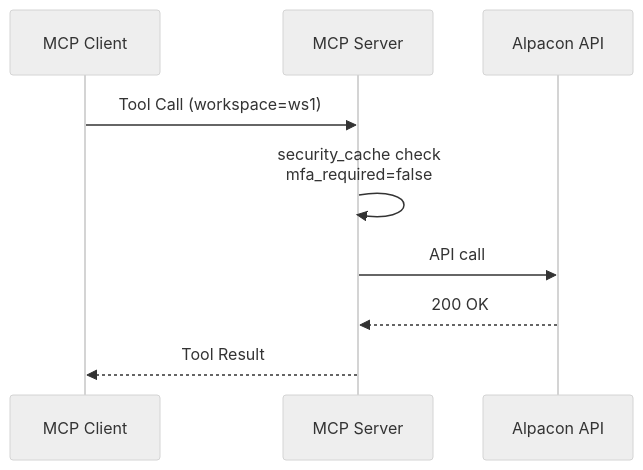
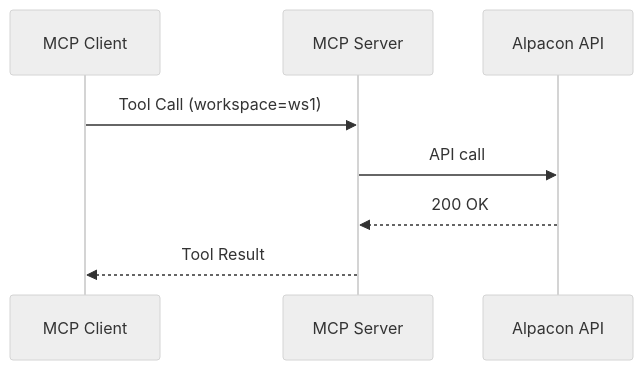
One commit to alpacax/alpacon-mcp changed the first of 2 diagrams in docs/mfa-reauth-flow.md. Above: the diagram before and after it, drawn with Mermaid (neutral theme). The commit also changed other lines of this file and 11 other files, not shown here.

First line of the commit message:
refactor(mfa): drop the local MFA pre-check and let Alpacon decide (#427)

````diff
--- a/docs/mfa-reauth-flow.md
+++ b/docs/mfa-reauth-flow.md
@@ -17,12 +15,11 @@
 ```mermaid
 sequenceDiagram
     participant C as MCP Client
     participant S as MCP Server
     participant A as Alpacon API
 
     C->>S: Tool Call (workspace=ws1)
-    S->>S: security_cache check<br/>mfa_required=false
     S->>A: API call
     A-->>S: 200 OK
     S-->>C: Tool Result
 ```
````
